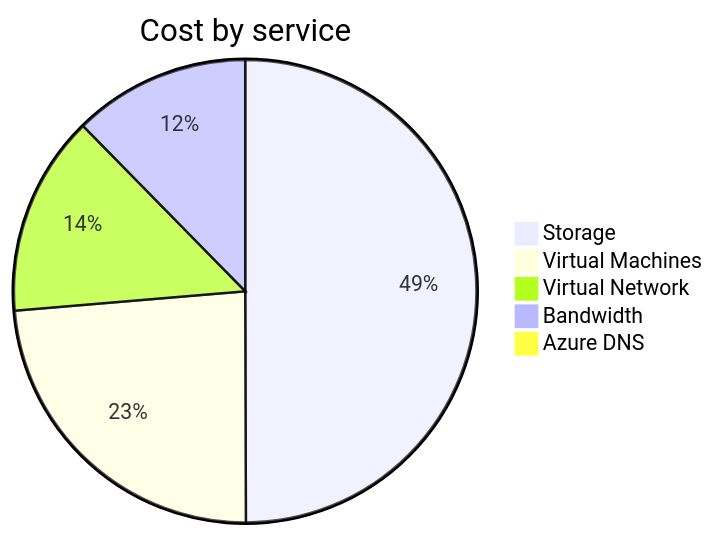
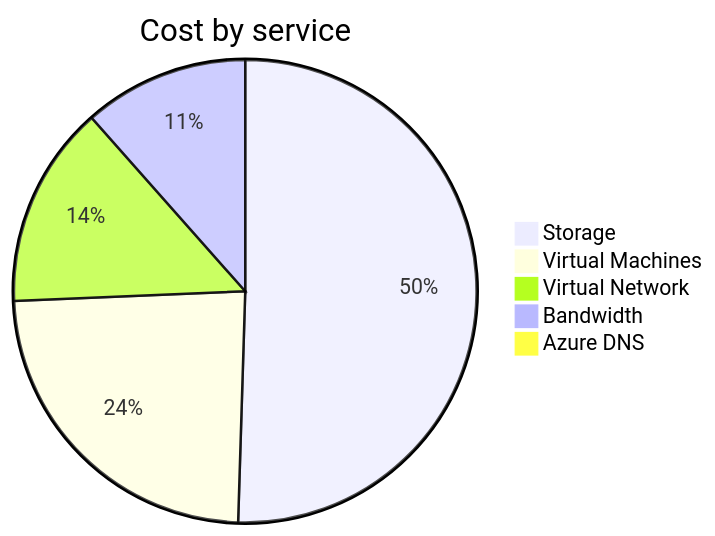
One commit to jpfulton/azure-personal-reports changed the second of 4 diagrams in cost-reports/personal-network/README.md. Above: the diagram before and after it, drawn with Mermaid. The commit also changed other lines of this file and 8 other files, not shown here.

````diff
--- a/cost-reports/personal-network/README.md
+++ b/cost-reports/personal-network/README.md
@@ -99,9 +99,9 @@
 ```mermaid
 pie
    title Cost by service
-   "Storage" : 10.96
-   "Virtual Machines" : 5.20
-   "Virtual Network" : 3.07
+   "Storage" : 11.86
+   "Virtual Machines" : 5.60
+   "Virtual Network" : 3.32
    "Bandwidth" : 2.71
-   "Azure DNS" : 0.21
+   "Azure DNS" : 0.22
 ```
````
